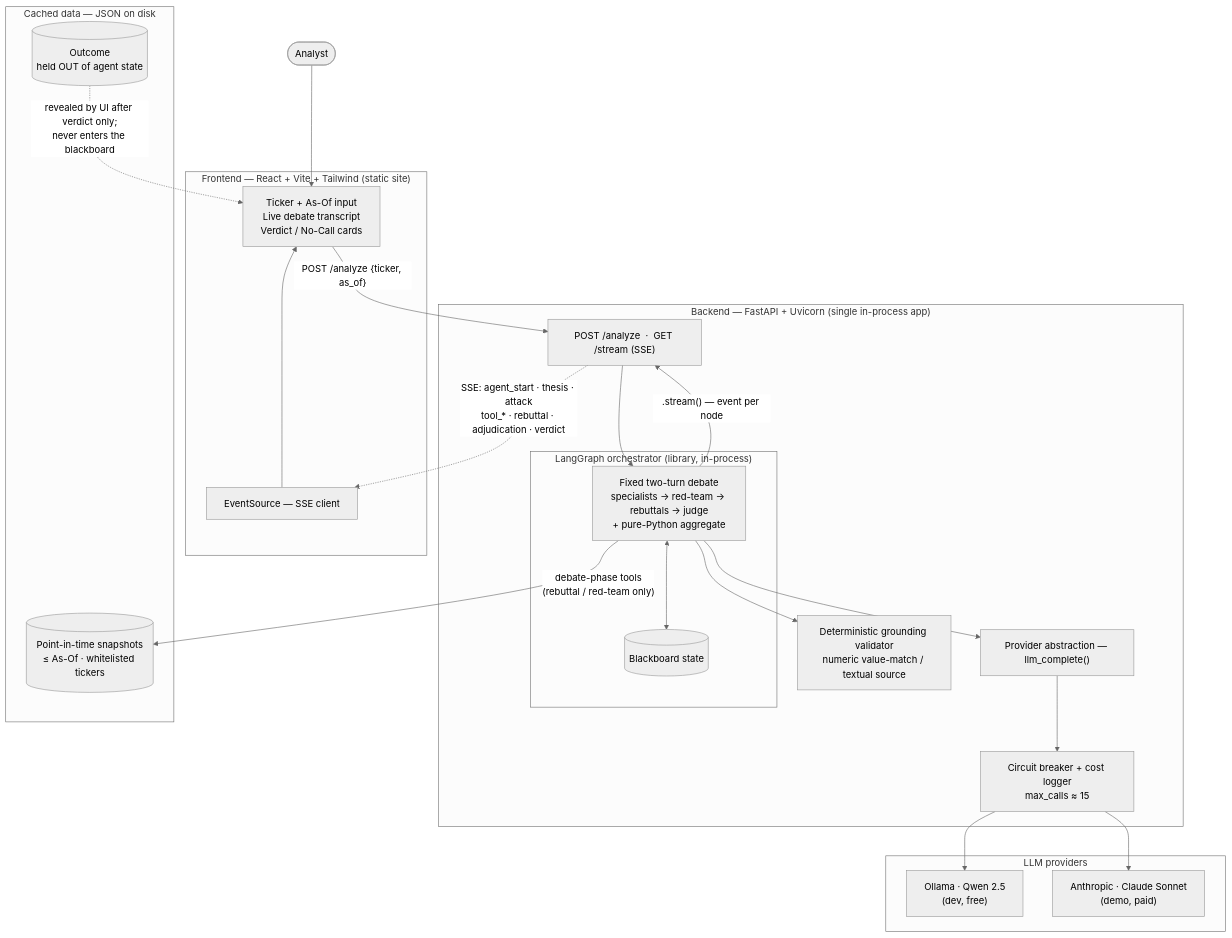
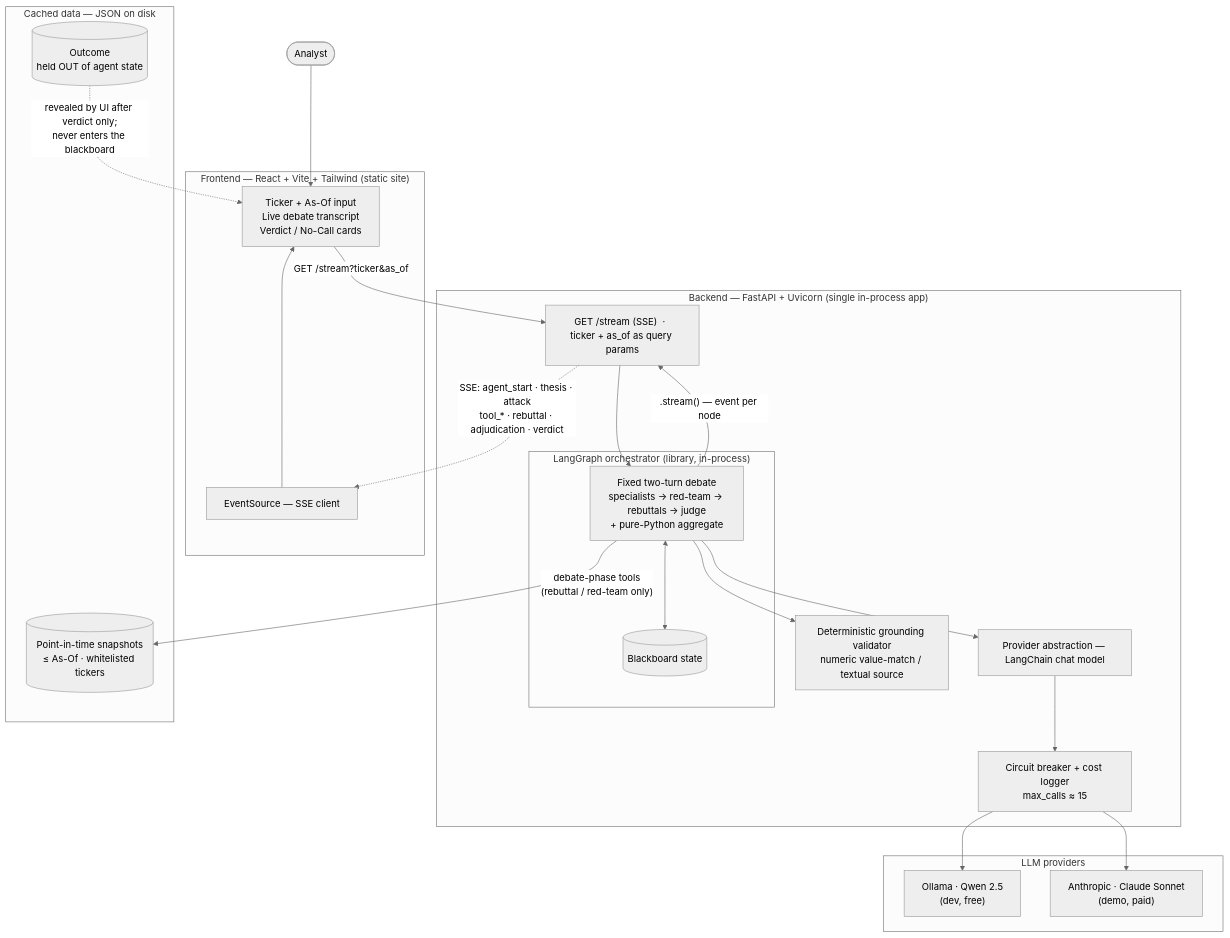
One commit to minosx31/swarm-traders changed the diagram in ARCHITECTURE.md. Above: the diagram before and after it, drawn with Mermaid (neutral theme). The commit also changed other lines of this file and 5 other files, not shown here.

````diff
--- a/ARCHITECTURE.md
+++ b/ARCHITECTURE.md
@@ -14,45 +14,45 @@
 ```mermaid
 flowchart TB
     user([Analyst])
 
     subgraph client["Frontend — React + Vite + Tailwind (static site)"]
         ui["Ticker + As-Of input<br/>Live debate transcript<br/>Verdict / No-Call cards"]
         ssec["EventSource — SSE client"]
     end
 
     subgraph server["Backend — FastAPI + Uvicorn (single in-process app)"]
-        api["POST /analyze &nbsp;·&nbsp; GET /stream (SSE)"]
+        api["GET /stream (SSE) &nbsp;·&nbsp; ticker + as_of as query params"]
         subgraph lg["LangGraph orchestrator (library, in-process)"]
             bb[("Blackboard&nbsp;state")]
             pipe["Fixed two-turn debate<br/>specialists → red-team → rebuttals → judge<br/>+ pure-Python aggregate"]
         end
         ground["Deterministic grounding validator<br/>numeric value-match / textual source"]
         breaker["Circuit breaker + cost logger<br/>max_calls ≈ 15"]
-        prov["Provider abstraction — llm_complete()"]
+        prov["Provider abstraction — LangChain chat model"]
     end
 
     subgraph llm["LLM providers"]
         ollama["Ollama · Qwen 2.5<br/>(dev, free)"]
         claude["Anthropic · Claude Sonnet<br/>(demo, paid)"]
     end
 
     subgraph data["Cached data — JSON on disk"]
         snap[("Point-in-time snapshots<br/>≤ As-Of · whitelisted tickers")]
         outc[("Outcome<br/>held OUT of agent state")]
     end
 
     user --> ui
-    ui -->|"POST /analyze {ticker, as_of}"| api
+    ui -->|"GET /stream?ticker&as_of"| api
     api --> pipe
     pipe <--> bb
     pipe --> ground
     pipe -->|"debate-phase tools<br/>(rebuttal / red-team only)"| snap
     pipe --> prov
     prov --> breaker
     breaker --> ollama
     breaker --> claude
     pipe -->|".stream() — event per node"| api
     api -.->|"SSE: agent_start · thesis · attack<br/>tool_* · rebuttal · adjudication · verdict"| ssec
     ssec --> ui
     outc -.->|"revealed by UI after verdict only;<br/>never enters the blackboard"| ui
 ```
````
